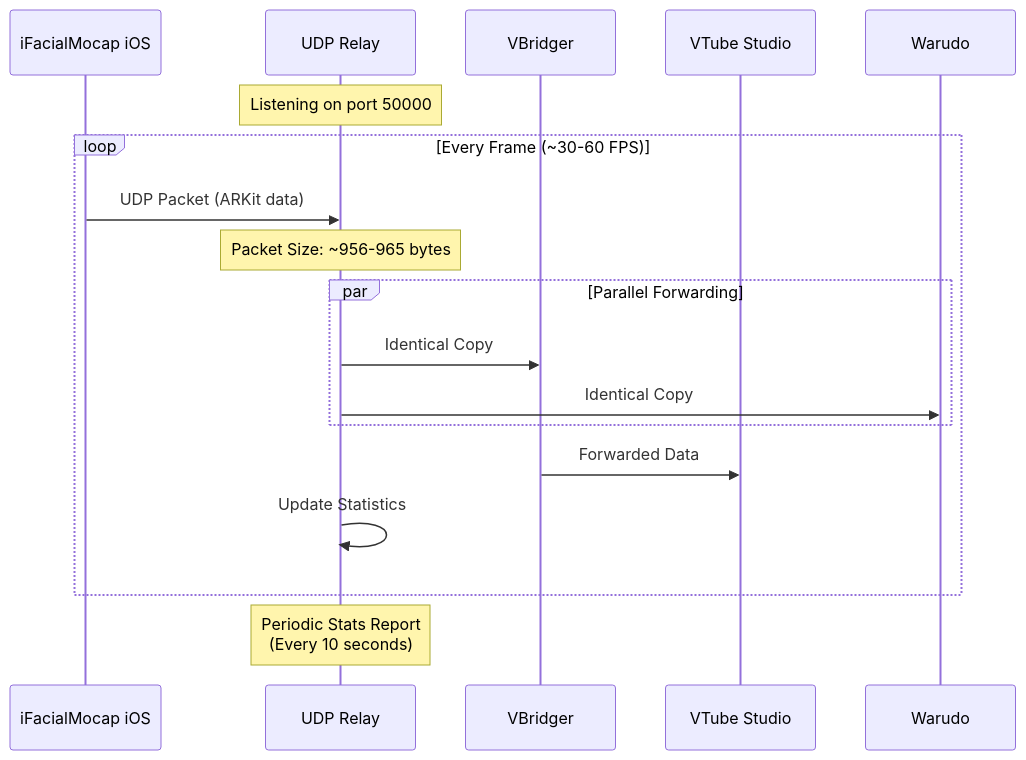
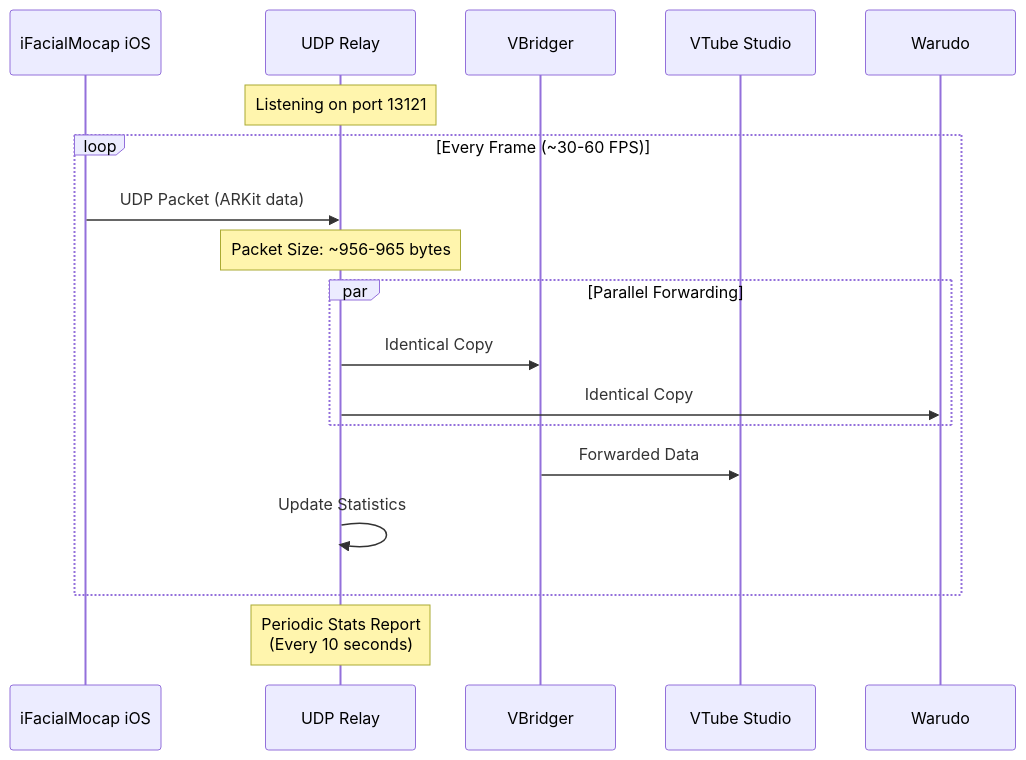
One commit to whykusanagi/VTuberHub changed the second of 2 diagrams in README.md. Above: the diagram before and after it, drawn with Mermaid. The commit also changed other lines of this file and 1 other file, not shown here.

Commit message:
Update to use port 13121 (Celeste-themed custom port) and add comprehensive Windows firewall documentation

````diff
--- a/README.md
+++ b/README.md
@@ -38,26 +38,26 @@
 ```mermaid
 sequenceDiagram
     participant iOS as iFacialMocap iOS
     participant Relay as UDP Relay
     participant VB as VBridger
     participant VTS as VTube Studio
     participant Warudo as Warudo
     
-    Note over Relay: Listening on port 50000
+    Note over Relay: Listening on port 13121
     
     loop Every Frame (~30-60 FPS)
         iOS->>Relay: UDP Packet (ARKit data)
         Note over Relay: Packet Size: ~956-965 bytes
         
         par Parallel Forwarding
             Relay->>VB: Identical Copy
             Relay->>Warudo: Identical Copy
         end
         
         VB->>VTS: Forwarded Data
         
         Relay->>Relay: Update Statistics
     end
     
     Note over Relay: Periodic Stats Report<br/>(Every 10 seconds)
 ```
````
